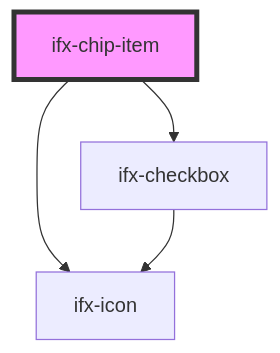
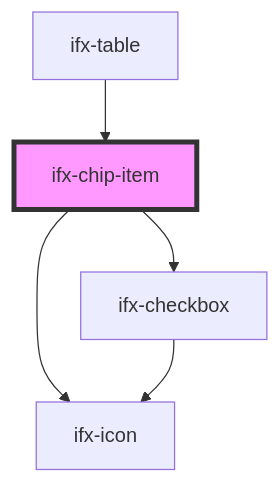
One commit to Infineon/infineon-design-system-stencil changed the diagram in packages/components/src/components/chip/chip-item/readme.md. Above: the diagram before and after it, drawn with Mermaid. The commit also changed other lines of this file and 18 other files, not shown here.

````diff
--- a/packages/components/src/components/chip/chip-item/readme.md
+++ b/packages/components/src/components/chip/chip-item/readme.md
@@ -32,7 +36,8 @@
 ```mermaid
 graph TD;
   ifx-chip-item --> ifx-checkbox
   ifx-chip-item --> ifx-icon
   ifx-checkbox --> ifx-icon
+  ifx-table --> ifx-chip-item
   style ifx-chip-item fill:#f9f,stroke:#333,stroke-width:4px
 ```
````
